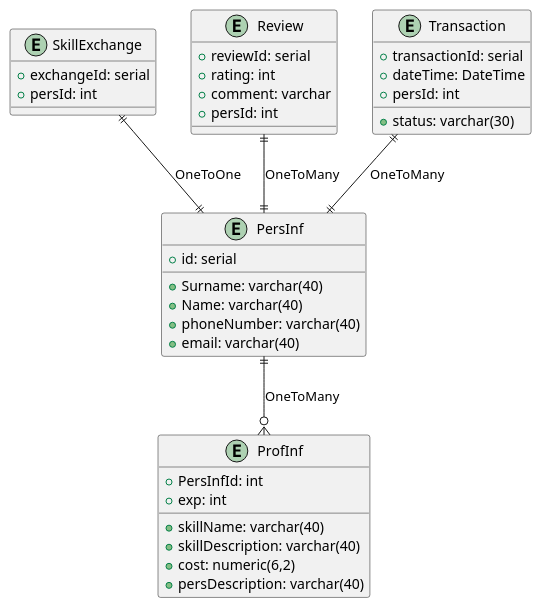
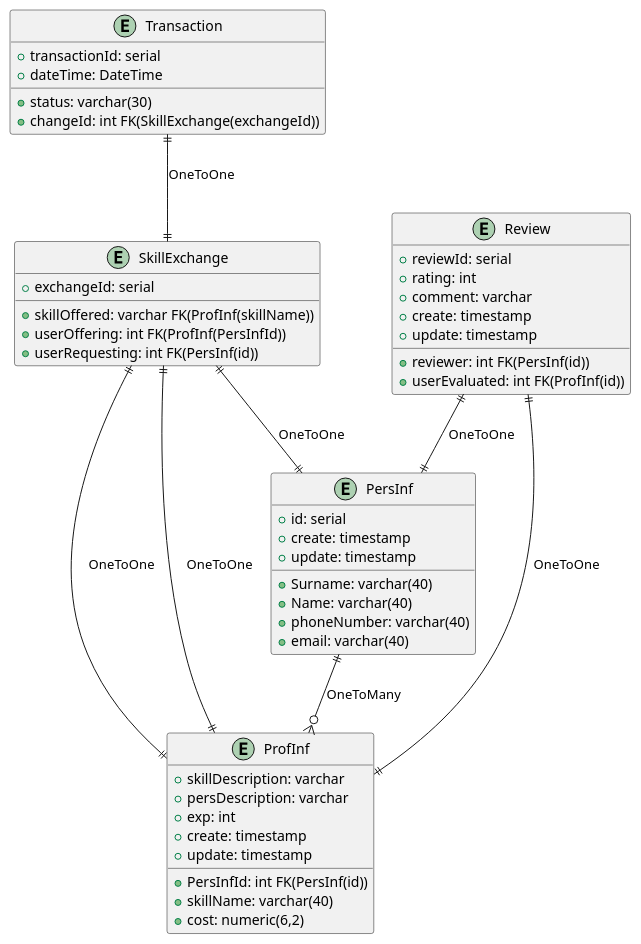
The diagram in src/main/uml/ErDiagram.puml (Xastt/SkillSwapArchitecture), drawn with PlantUML before and after one commit. The commit also changed 2 other files, not shown here.

Commit message:
Edit ErDiagram.puml, ClassDiagram.puml. Final version

```diff
--- a/src/main/uml/ErDiagram.puml
+++ b/src/main/uml/ErDiagram.puml
@@ -1,46 +1,58 @@
 @startuml
 
 entity PersInf {
     +id: serial
     +Surname: varchar(40)
     +Name: varchar(40)
     +phoneNumber: varchar(40)
     +email: varchar(40)
+    +create: timestamp
+    +update: timestamp
 }
 
 entity ProfInf {
-    +PersInfId: int
+    +PersInfId: int FK(PersInf(id))
     +skillName: varchar(40)
-    +skillDescription: varchar(40)
+    +skillDescription: varchar
     +cost: numeric(6,2)
-    +persDescription: varchar(40)
+    +persDescription: varchar
     +exp: int
+    +create: timestamp
+    +update: timestamp
 }
 
-entity SkillExchange {
+entity SkillExchange{
     +exchangeId: serial
-    +persId: int
+    +skillOffered: varchar FK(ProfInf(skillName))
+    +userOffering: int FK(ProfInf(PersInfId))
+    +userRequesting: int FK(PersInf(id))
 }
 
 entity Review {
     +reviewId: serial
     +rating: int
     +comment: varchar
-    +persId: int
+    +reviewer: int FK(PersInf(id))
+    +userEvaluated: int FK(ProfInf(id))
+    +create: timestamp
+    +update: timestamp
 }
 
 entity Transaction {
     +transactionId: serial
     +dateTime: DateTime
     +status: varchar(30)
-    +persId: int
+    +changeId: int FK(SkillExchange(exchangeId))
 }
 
 
 
 PersInf ||--o{ ProfInf : "OneToMany"
 SkillExchange ||--|| PersInf : "OneToOne"
-Review ||--|| PersInf : "OneToMany"
-Transaction ||--|| PersInf : "OneToMany"
+SkillExchange ||--|| ProfInf : "OneToOne"
+SkillExchange ||--|| ProfInf : "OneToOne"
+Review ||--|| ProfInf : "OneToOne"
+Review ||--|| PersInf : "OneToOne"
+Transaction ||--|| SkillExchange : "OneToOne"
 
 @enduml
```
